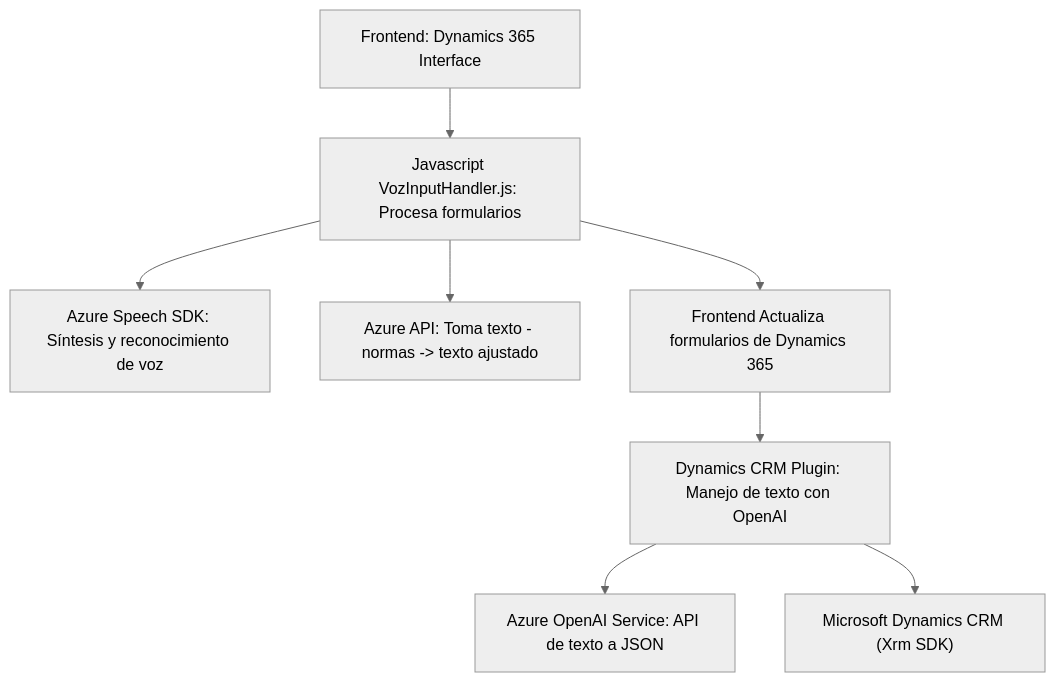
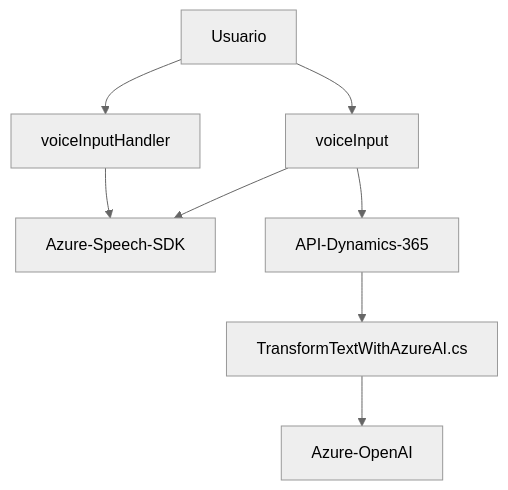
Before and after one commit to blopezdm/NETCORE_BILBAO2025: the diagram in README.md, drawn with Mermaid (neutral theme). The commit also changed other lines of this file, not shown here.

Commit message:
Actualizar análisis global de la solución con IA

````diff
--- a/README.md
+++ b/README.md
@@ -42,11 +36,10 @@
 ```mermaid
 graph TD
-    A["Frontend: Dynamics 365 Interface"] --> B["Javascript VozInputHandler.js: Procesa formularios"]
-    B --> C["Azure Speech SDK: Síntesis y reconocimiento de voz"]
-    B --> D["Azure API: Toma texto - normas -> texto ajustado"]
-    B --> E["Frontend Actualiza formularios de Dynamics 365"]
-    E --> F["Dynamics CRM Plugin: Manejo de texto con OpenAI"]
-
-    F --> G["Azure OpenAI Service: API de texto a JSON"]
-    F --> H["Microsoft Dynamics CRM (Xrm SDK)"]
+  A["Usuario"] --> B["voiceInputHandler"]
+  A --> C["voiceInput"]
+  B --> D["Azure-Speech-SDK"]
+  C --> D
+  C --> E["API-Dynamics-365"]
+  E --> F["TransformTextWithAzureAI.cs"]
+  F --> G["Azure-OpenAI"]
 ```
````
